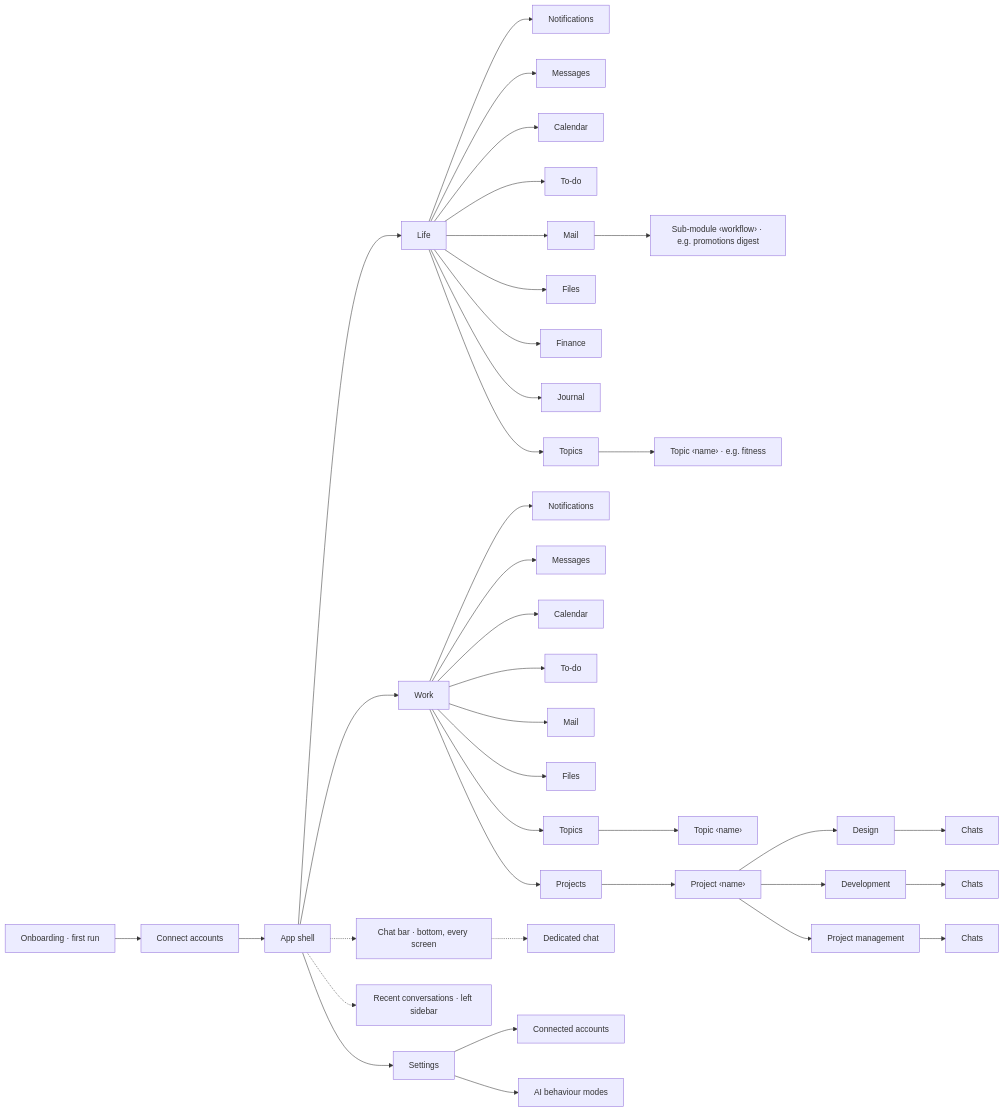
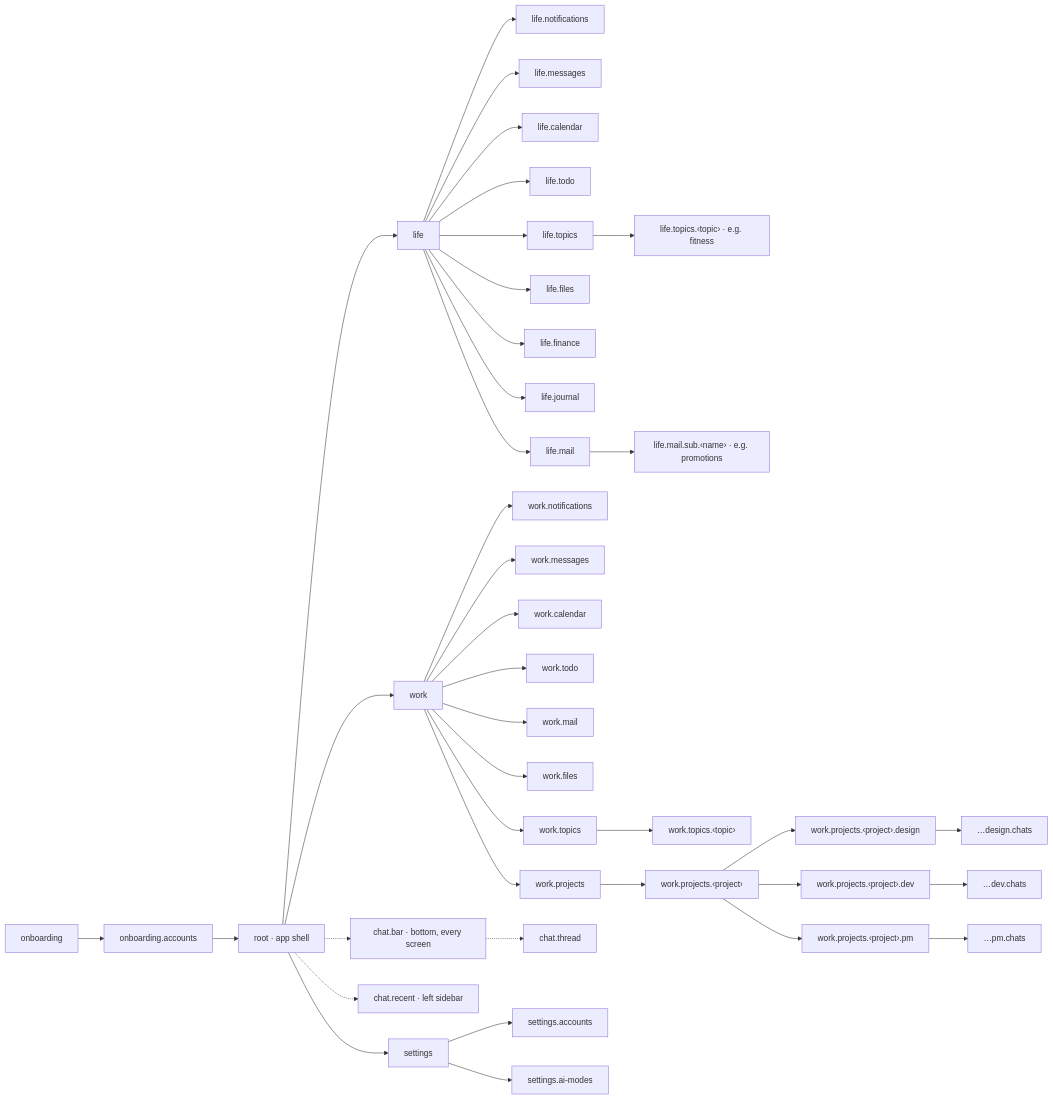
One commit to sherrrrryz/personal_agent changed the diagram in docs/design/IA-MAP.md. Above: the diagram before and after it, drawn with Mermaid. The commit also changed other lines of this file and 9 other files, not shown here.

````diff
--- a/docs/design/IA-MAP.md
+++ b/docs/design/IA-MAP.md
@@ -18,44 +23,43 @@
 ```mermaid
 flowchart LR
-  onboarding[Onboarding · first run] --> onboarding.accounts[Connect accounts]
-  onboarding.accounts --> root
-  root[App shell]
-  root --> life[Life]
-  root --> work[Work]
-  root -.-> chat.bar[Chat bar · bottom, every screen]
-  root -.-> chat.recent[Recent conversations · left sidebar]
-  root --> settings[Settings]
+  onboarding["onboarding"] --> onboarding_accounts["onboarding.accounts"]
+  onboarding_accounts --> root["root · app shell"]
+  root --> life["life"]
+  root --> work["work"]
+  root -.-> chat_bar["chat.bar · bottom, every screen"]
+  root -.-> chat_recent["chat.recent · left sidebar"]
+  root --> settings["settings"]
 
-  life --> life.notifications[Notifications]
-  life --> life.messages[Messages]
-  life --> life.calendar[Calendar]
-  life --> life.todo[To-do]
-  life --> life.mail[Mail]
-  life --> life.files[Files]
-  life --> life.finance[Finance]
-  life --> life.journal[Journal]
-  life --> life.topics[Topics]
-  life.mail --> life.mail.custom["Sub-module ‹workflow› · e.g. promotions digest"]
-  life.topics --> life.topic["Topic ‹name› · e.g. fitness"]
+  life --> life_notifications["life.notifications"]
+  life --> life_messages["life.messages"]
+  life --> life_calendar["life.calendar"]
+  life --> life_todo["life.todo"]
+  life --> life_mail["life.mail"]
+  life --> life_files["life.files"]
+  life --> life_finance["life.finance"]
+  life --> life_journal["life.journal"]
+  life --> life_topics["life.topics"]
+  life_topics --> life_topic["life.topics.‹topic› · e.g. fitness"]
+  life_mail --> life_mail_sub["life.mail.sub.‹name› · e.g. promotions"]
 
-  work --> work.notifications[Notifications]
-  work --> work.messages[Messages]
-  work --> work.calendar[Calendar]
-  work --> work.todo[To-do]
-  work --> work.mail[Mail]
-  work --> work.files[Files]
-  work --> work.projects[Projects]
-  work --> work.topics[Topics]
-  work.topics --> work.topic["Topic ‹name›"]
-  work.projects --> project["Project ‹name›"]
-  project --> project.design[Design]
-  project --> project.dev[Development]
-  project --> project.pm[Project management]
-  project.design --> project.design.chats[Chats]
-  project.dev --> project.dev.chats[Chats]
-  project.pm --> project.pm.chats[Chats]
+  work --> work_notifications["work.notifications"]
+  work --> work_messages["work.messages"]
+  work --> work_calendar["work.calendar"]
+  work --> work_todo["work.todo"]
+  work --> work_mail["work.mail"]
+  work --> work_files["work.files"]
+  work --> work_projects["work.projects"]
+  work --> work_topics["work.topics"]
+  work_topics --> work_topic["work.topics.‹topic›"]
+  work_projects --> project["work.projects.‹project›"]
+  project --> project_design["work.projects.‹project›.design"]
+  project --> project_dev["work.projects.‹project›.dev"]
+  project --> project_pm["work.projects.‹project›.pm"]
+  project_design --> project_design_chats["…design.chats"]
+  project_dev --> project_dev_chats["…dev.chats"]
+  project_pm --> project_pm_chats["…pm.chats"]
 
-  chat.bar -.-> chat.thread[Dedicated chat]
-  settings --> settings.accounts[Connected accounts]
-  settings --> settings.ai-modes[AI behaviour modes]
+  chat_bar -.-> chat_thread["chat.thread"]
+  settings --> settings_accounts["settings.accounts"]
+  settings --> settings_ai_modes["settings.ai-modes"]
 ```
````
